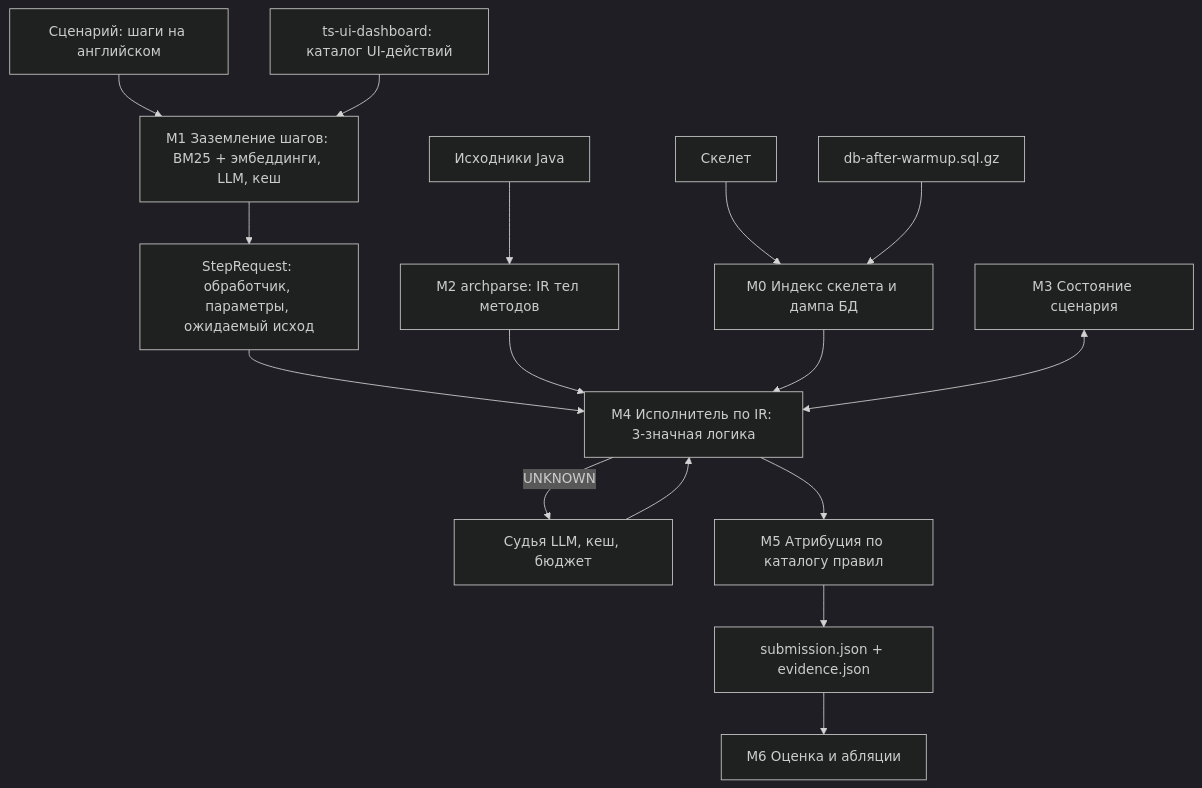
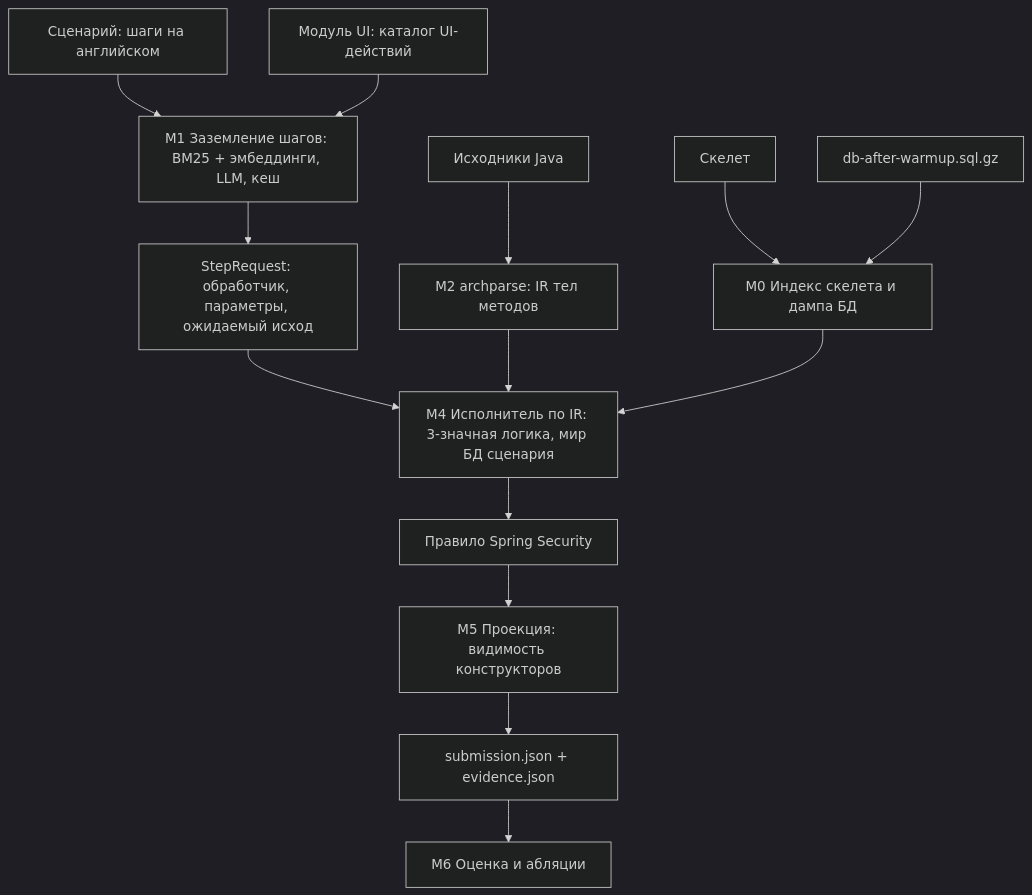
One commit to teamv39/archonity changed the diagram in docs/adr/adr-005_scenario_execution_pipeline.md. Above: the diagram before and after it, drawn with Mermaid (dark theme). The commit also changed other lines of this file and 14 other files, not shown here.

````diff
--- a/docs/adr/adr-005_scenario_execution_pipeline.md
+++ b/docs/adr/adr-005_scenario_execution_pipeline.md
@@ -29,18 +31,16 @@
 ```mermaid
 flowchart TD
     SC["Сценарий: шаги на английском"] --> G
-    UI["ts-ui-dashboard: каталог UI-действий"] --> G
+    UI["Модуль UI: каталог UI-действий"] --> G
     G["M1 Заземление шагов: BM25 + эмбеддинги, LLM, кеш"] --> REQ["StepRequest: обработчик, параметры, ожидаемый исход"]
     SRC["Исходники Java"] --> IR["M2 archparse: IR тел методов"]
     SK["Скелет"] --> IDX["M0 Индекс скелета и дампа БД"]
     DB["db-after-warmup.sql.gz"] --> IDX
-    REQ --> EX["M4 Исполнитель по IR: 3-значная логика"]
+    REQ --> EX["M4 Исполнитель по IR: 3-значная логика, мир БД сценария"]
     IR --> EX
     IDX --> EX
-    ST["M3 Состояние сценария"] <--> EX
-    EX -->|"UNKNOWN"| J["Судья LLM, кеш, бюджет"]
-    J --> EX
-    EX --> ATR["M5 Атрибуция по каталогу правил"]
+    EX --> SEC["Правило Spring Security"]
+    SEC --> ATR["M5 Проекция: видимость конструкторов"]
     ATR --> OUT["submission.json + evidence.json"]
     OUT --> EV["M6 Оценка и абляции"]
 ```
````
